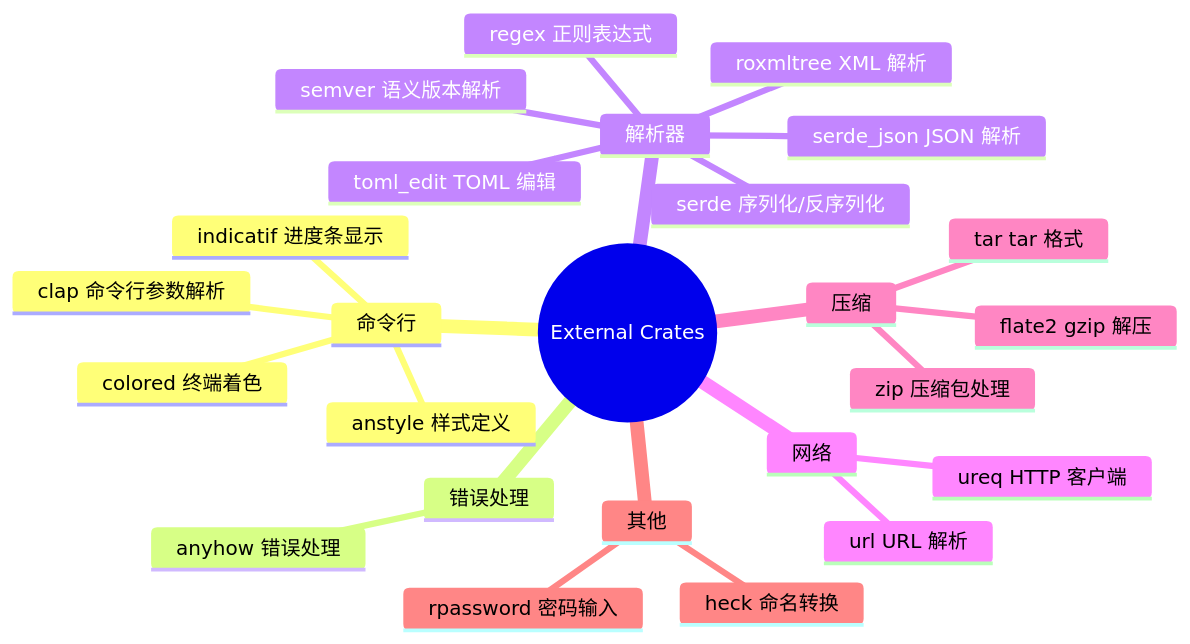
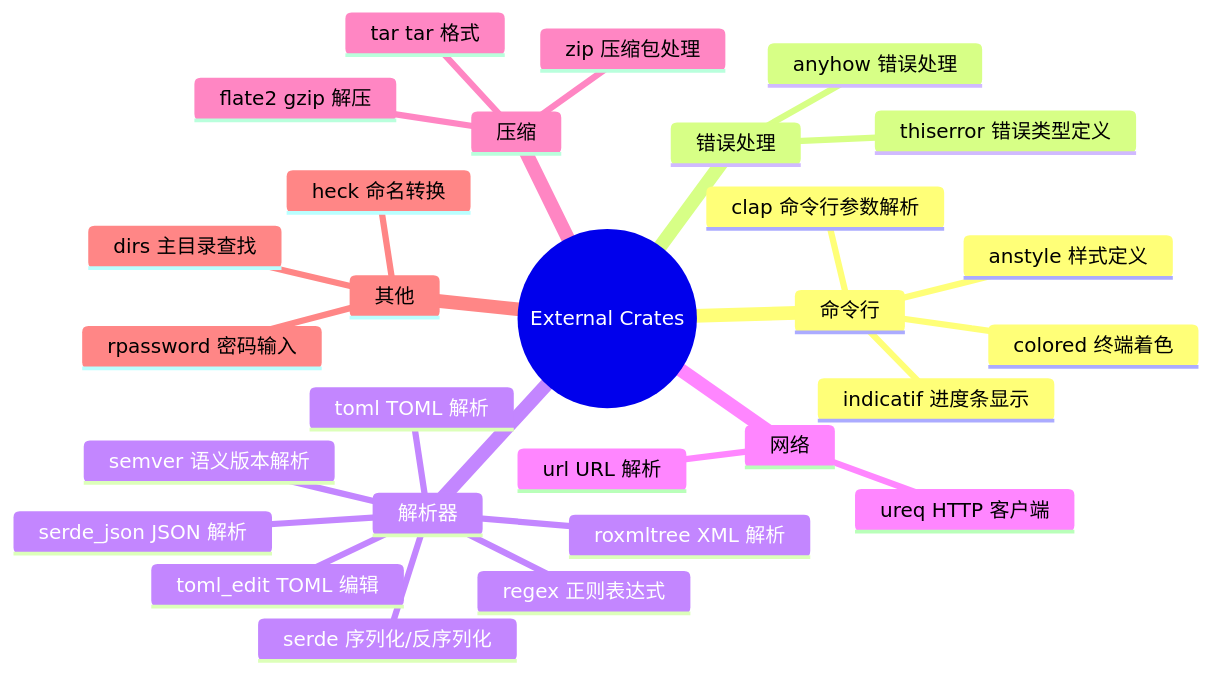
One commit to Jeanhwea/project-manager-app changed the seventh of 8 diagrams in docs/architecture.md. Above: the diagram before and after it, drawn with Mermaid. The commit also changed other lines of this file, not shown here.

First line of the commit message:
docs(architecture): 更新架构文档以反映最新五层架构设计

````diff
--- a/docs/architecture.md
+++ b/docs/architecture.md
@@ -573,28 +820,31 @@
 ```mermaid
 mindmap
   root((External Crates))
     命令行
       clap 命令行参数解析
       colored 终端着色
       anstyle 样式定义
       indicatif 进度条显示
     错误处理
       anyhow 错误处理
+      thiserror 错误类型定义
     解析器
       regex 正则表达式
       serde 序列化/反序列化
+      toml TOML 解析
       toml_edit TOML 编辑
       roxmltree XML 解析
       serde_json JSON 解析
       semver 语义版本解析
     网络
       ureq HTTP 客户端
       url URL 解析
     压缩
       zip 压缩包处理
       tar tar 格式
       flate2 gzip 解压
     其他
       heck 命名转换
       rpassword 密码输入
+      dirs 主目录查找
 ```
````
